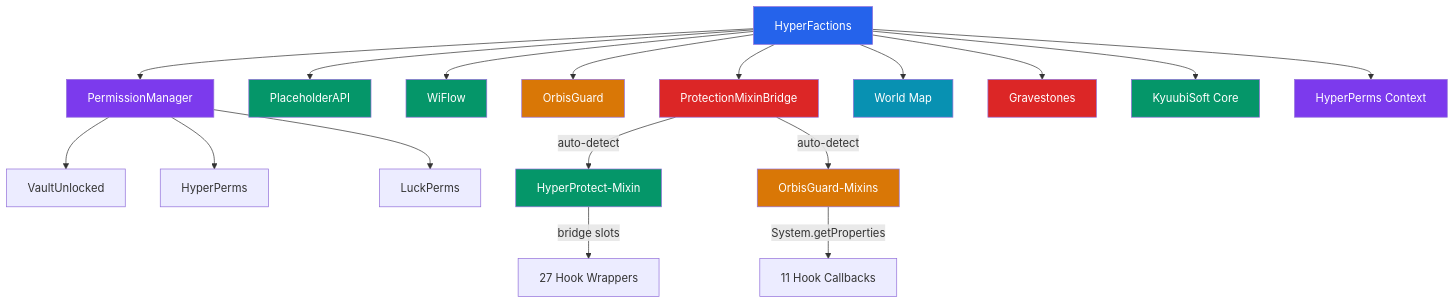
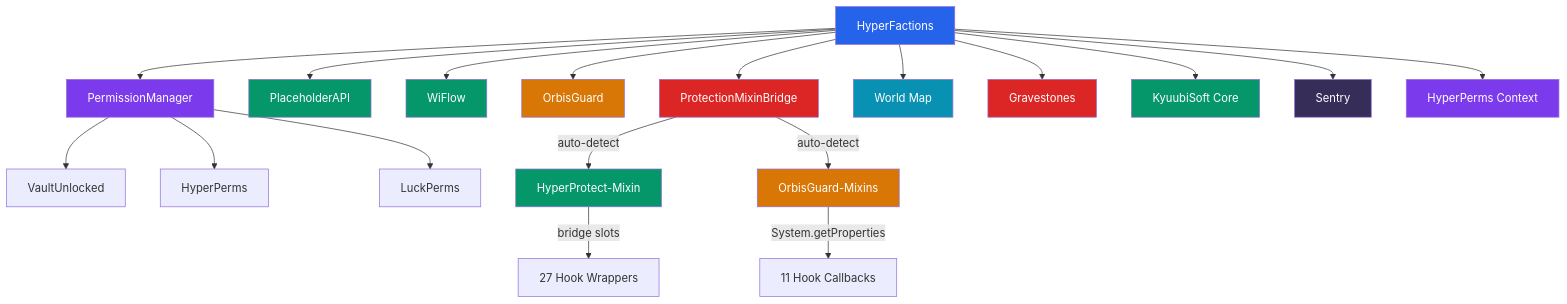
One commit to HyperSystems-Development/HyperFactions changed the first of 2 diagrams in docs/integrations.md. Above: the diagram before and after it, drawn with Mermaid. The commit also changed other lines of this file and 9 other files, not shown here.

````diff
--- a/docs/integrations.md
+++ b/docs/integrations.md
@@ -28,34 +29,36 @@
 ```mermaid
 graph TD
     HF[HyperFactions] --> PM[PermissionManager]
     HF --> PAPI[PlaceholderAPI]
     HF --> WF[WiFlow]
     HF --> OG[OrbisGuard]
     HF --> PMB[ProtectionMixinBridge]
     HF --> WM[World Map]
     HF --> GS[Gravestones]
     HF --> KS[KyuubiSoft Core]
+    HF --> SN[Sentry]
     HF --> HPC[HyperPerms Context]
 
     PM --> VU[VaultUnlocked]
     PM --> HPP[HyperPerms]
     PM --> LP[LuckPerms]
 
     PMB -->|auto-detect| HPM[HyperProtect-Mixin]
     PMB -->|auto-detect| OGM[OrbisGuard-Mixins]
     HPM -->|bridge slots| HPHooks[27 Hook Wrappers]
     OGM -->|System.getProperties| OGHooks[11 Hook Callbacks]
 
     style HF fill:#2563eb,color:#fff
     style PM fill:#7c3aed,color:#fff
     style PAPI fill:#059669,color:#fff
     style WF fill:#059669,color:#fff
     style OG fill:#d97706,color:#fff
     style PMB fill:#dc2626,color:#fff
     style HPM fill:#059669,color:#fff
     style OGM fill:#d97706,color:#fff
     style WM fill:#0891b2,color:#fff
     style GS fill:#dc2626,color:#fff
     style KS fill:#059669,color:#fff
+    style SN fill:#362d59,color:#fff
     style HPC fill:#7c3aed,color:#fff
 ```
````
